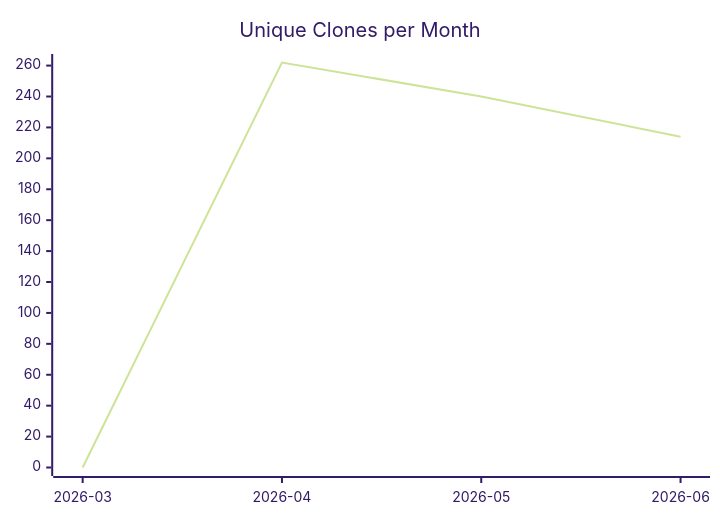
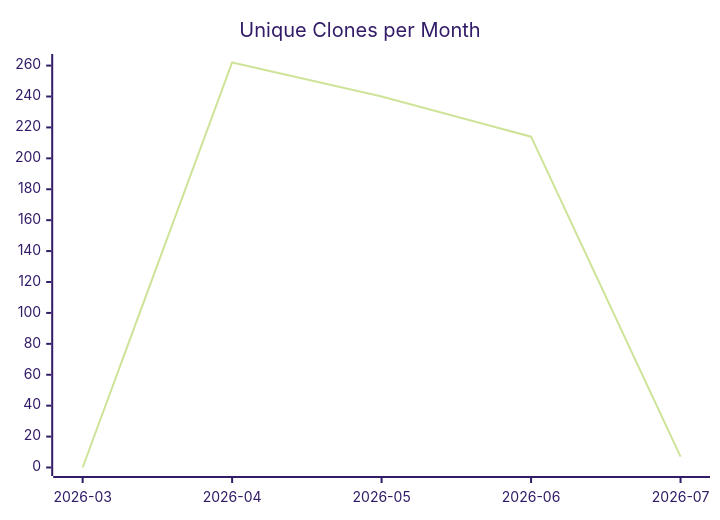
One commit to justdavis-family/github-analytics-data changed the third of 3 diagrams in justdavis-family/github-analytics-data/README.md. Above: the diagram before and after it, drawn with Mermaid (forest theme). The commit also changed other lines of this file and 199 other files, not shown here.

````diff
--- a/justdavis-family/github-analytics-data/README.md
+++ b/justdavis-family/github-analytics-data/README.md
@@ -19,6 +19,6 @@
 ```mermaid
 xychart-beta
   title "Unique Clones per Month"
-  x-axis ["2026-03", "2026-04", "2026-05", "2026-06"]
-  line [0, 262, 240, 214]
+  x-axis ["2026-03", "2026-04", "2026-05", "2026-06", "2026-07"]
+  line [0, 262, 240, 214, 7]
 ```
````
